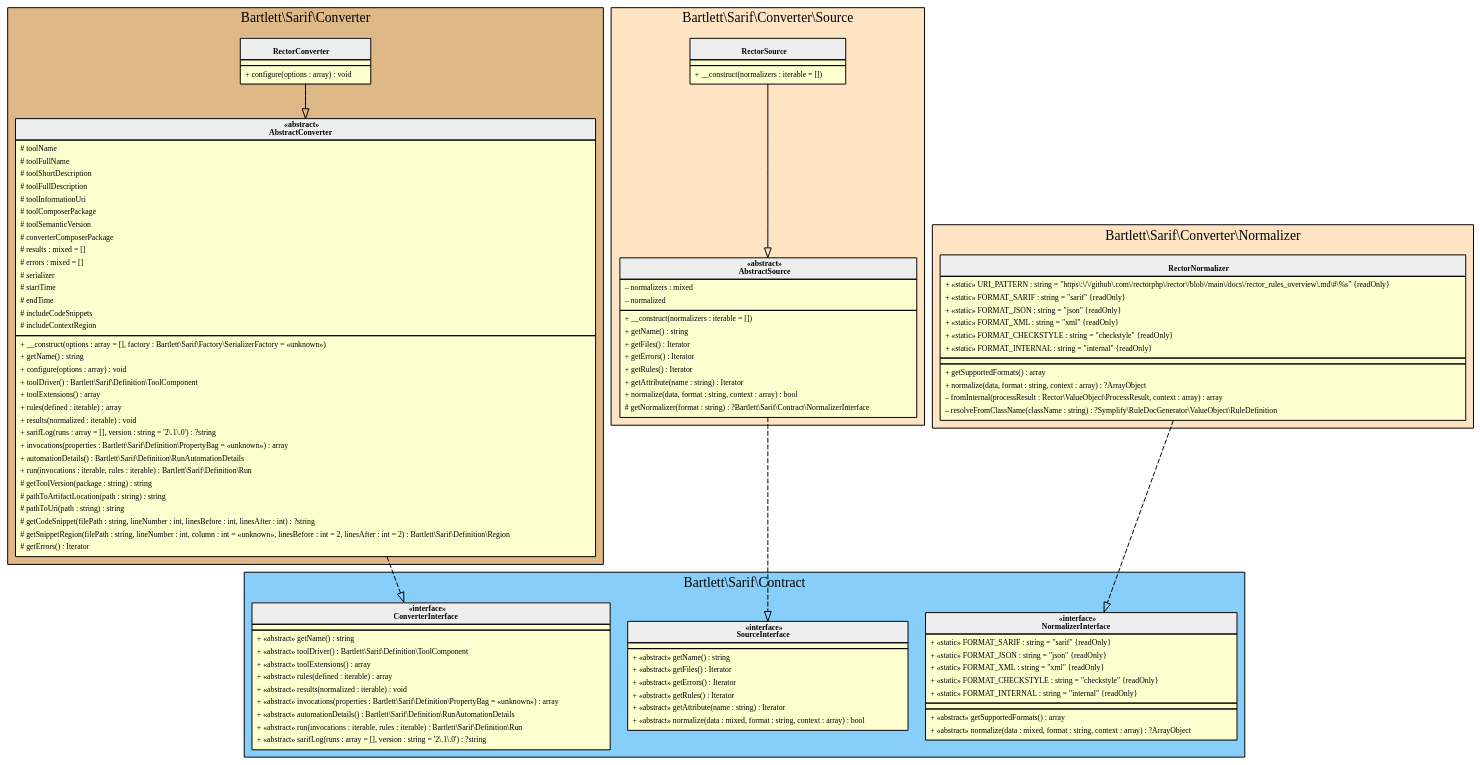
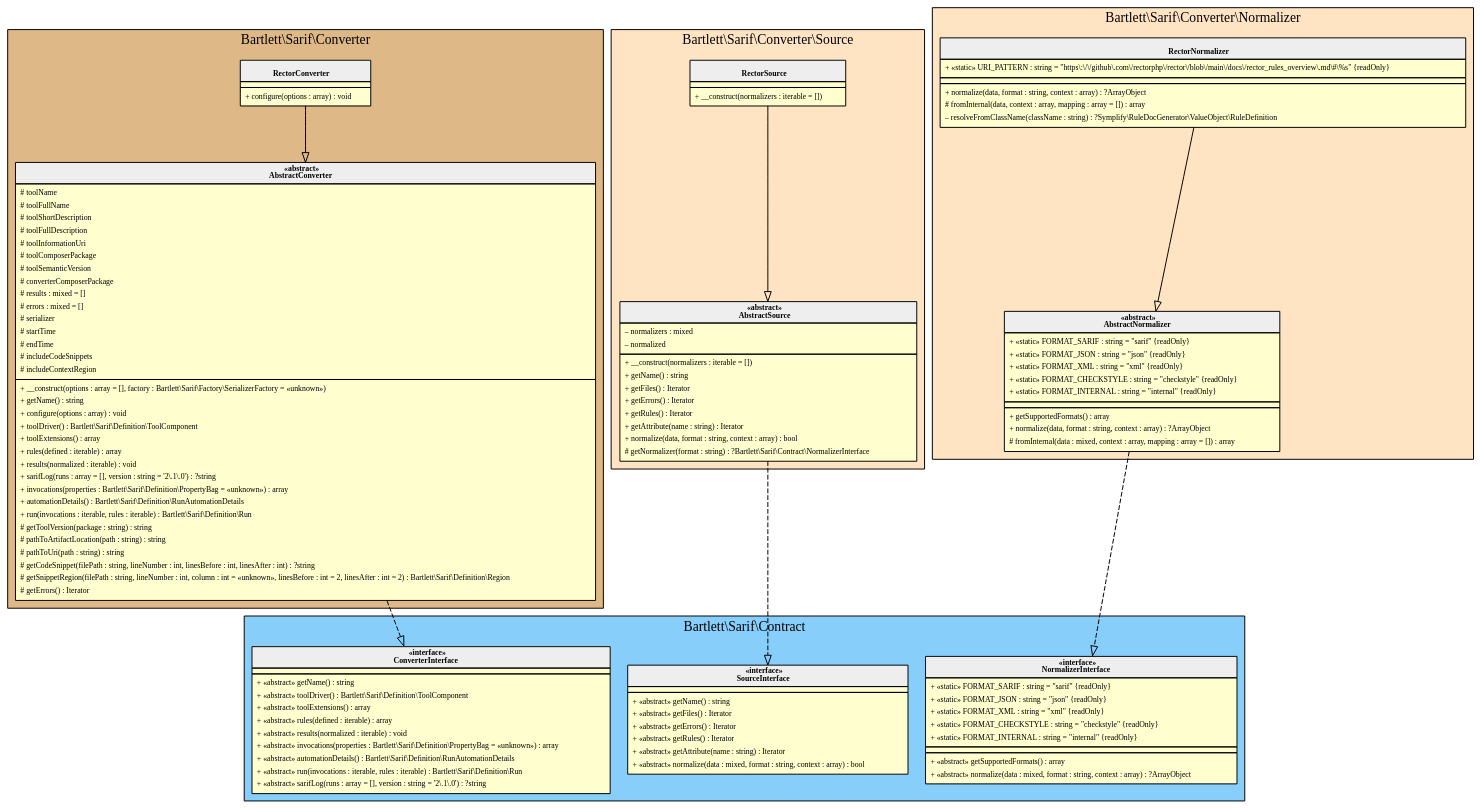
The diagram in 1.0/assets/images/converter-rector.html.gv (llaville/sarif-php-converters), drawn with Graphviz before and after one commit. The commit also changed 26 other files, not shown here.

```diff
--- a/1.0/assets/images/converter-rector.html.gv
+++ b/1.0/assets/images/converter-rector.html.gv
@@ -1,164 +1,176 @@
 digraph {
   graph [name="G" overlap="false" rankdir="TB" bgcolor="transparent"]
   node [fontname="Verdana" fontsize=8 shape="none" margin=0 fillcolor="#FEFECE" style="filled"]
   edge [fontname="Verdana" fontsize=8]
   subgraph cluster_0 {
     graph [bgcolor="BurlyWood"]
     label = "Bartlett\\Sarif\\Converter"
     "Bartlett\\Sarif\\Converter\\RectorConverter" [shape="none" label=<
 <table cellspacing="0" border="0" cellborder="1">
     <tr><td bgcolor="#eeeeee"><b><br/>RectorConverter</b></td></tr>
     <tr><td></td></tr>
     <tr><td><table border="0" cellspacing="0" cellpadding="2">
     <tr><td align="left">+ configure(options : array) : void</td></tr>
 </table></td></tr>
 </table>>]
     "Bartlett\\Sarif\\Converter\\AbstractConverter" [shape="none" label=<
 <table cellspacing="0" border="0" cellborder="1">
     <tr><td bgcolor="#eeeeee"><b>«abstract»<br/>AbstractConverter</b></td></tr>
     <tr><td><table border="0" cellspacing="0" cellpadding="2">
     <tr><td align="left"># toolName</td></tr>
     <tr><td align="left"># toolFullName</td></tr>
     <tr><td align="left"># toolShortDescription</td></tr>
     <tr><td align="left"># toolFullDescription</td></tr>
     <tr><td align="left"># toolInformationUri</td></tr>
     <tr><td align="left"># toolComposerPackage</td></tr>
     <tr><td align="left"># toolSemanticVersion</td></tr>
     <tr><td align="left"># converterComposerPackage</td></tr>
     <tr><td align="left"># results : mixed = []</td></tr>
     <tr><td align="left"># errors : mixed = []</td></tr>
     <tr><td align="left"># serializer</td></tr>
     <tr><td align="left"># startTime</td></tr>
     <tr><td align="left"># endTime</td></tr>
     <tr><td align="left"># includeCodeSnippets</td></tr>
     <tr><td align="left"># includeContextRegion</td></tr>
 </table></td></tr>
     <tr><td><table border="0" cellspacing="0" cellpadding="2">
     <tr><td align="left">+ __construct(options : array = [], factory : Bartlett\\Sarif\\Factory\\SerializerFactory = «unknown»)</td></tr>
     <tr><td align="left">+ getName() : string</td></tr>
     <tr><td align="left">+ configure(options : array) : void</td></tr>
     <tr><td align="left">+ toolDriver() : Bartlett\\Sarif\\Definition\\ToolComponent</td></tr>
     <tr><td align="left">+ toolExtensions() : array</td></tr>
     <tr><td align="left">+ rules(defined : iterable) : array</td></tr>
     <tr><td align="left">+ results(normalized : iterable) : void</td></tr>
     <tr><td align="left">+ sarifLog(runs : array = [], version : string = '2\.1\.0') : ?string</td></tr>
     <tr><td align="left">+ invocations(properties : Bartlett\\Sarif\\Definition\\PropertyBag = «unknown») : array</td></tr>
     <tr><td align="left">+ automationDetails() : Bartlett\\Sarif\\Definition\\RunAutomationDetails</td></tr>
     <tr><td align="left">+ run(invocations : iterable, rules : iterable) : Bartlett\\Sarif\\Definition\\Run</td></tr>
     <tr><td align="left"># getToolVersion(package : string) : string</td></tr>
     <tr><td align="left"># pathToArtifactLocation(path : string) : string</td></tr>
     <tr><td align="left"># pathToUri(path : string) : string</td></tr>
     <tr><td align="left"># getCodeSnippet(filePath : string, lineNumber : int, linesBefore : int, linesAfter : int) : ?string</td></tr>
     <tr><td align="left"># getSnippetRegion(filePath : string, lineNumber : int, column : int = «unknown», linesBefore : int = 2, linesAfter : int = 2) : Bartlett\\Sarif\\Definition\\Region</td></tr>
     <tr><td align="left"># getErrors() : Iterator</td></tr>
 </table></td></tr>
 </table>>]
   }
   subgraph cluster_1 {
     graph [bgcolor="LightSkyBlue"]
     label = "Bartlett\\Sarif\\Contract"
     "Bartlett\\Sarif\\Contract\\ConverterInterface" [shape="none" label=<
 <table cellspacing="0" border="0" cellborder="1">
     <tr><td bgcolor="#eeeeee"><b>«interface»<br/>ConverterInterface</b></td></tr>
     <tr><td></td></tr>
     <tr><td><table border="0" cellspacing="0" cellpadding="2">
     <tr><td align="left">+ «abstract» getName() : string</td></tr>
     <tr><td align="left">+ «abstract» toolDriver() : Bartlett\\Sarif\\Definition\\ToolComponent</td></tr>
     <tr><td align="left">+ «abstract» toolExtensions() : array</td></tr>
     <tr><td align="left">+ «abstract» rules(defined : iterable) : array</td></tr>
     <tr><td align="left">+ «abstract» results(normalized : iterable) : void</td></tr>
     <tr><td align="left">+ «abstract» invocations(properties : Bartlett\\Sarif\\Definition\\PropertyBag = «unknown») : array</td></tr>
     <tr><td align="left">+ «abstract» automationDetails() : Bartlett\\Sarif\\Definition\\RunAutomationDetails</td></tr>
     <tr><td align="left">+ «abstract» run(invocations : iterable, rules : iterable) : Bartlett\\Sarif\\Definition\\Run</td></tr>
     <tr><td align="left">+ «abstract» sarifLog(runs : array = [], version : string = '2\.1\.0') : ?string</td></tr>
 </table></td></tr>
 </table>>]
     "Bartlett\\Sarif\\Contract\\SourceInterface" [shape="none" label=<
 <table cellspacing="0" border="0" cellborder="1">
     <tr><td bgcolor="#eeeeee"><b>«interface»<br/>SourceInterface</b></td></tr>
     <tr><td></td></tr>
     <tr><td><table border="0" cellspacing="0" cellpadding="2">
     <tr><td align="left">+ «abstract» getName() : string</td></tr>
     <tr><td align="left">+ «abstract» getFiles() : Iterator</td></tr>
     <tr><td align="left">+ «abstract» getErrors() : Iterator</td></tr>
     <tr><td align="left">+ «abstract» getRules() : Iterator</td></tr>
     <tr><td align="left">+ «abstract» getAttribute(name : string) : Iterator</td></tr>
     <tr><td align="left">+ «abstract» normalize(data : mixed, format : string, context : array) : bool</td></tr>
 </table></td></tr>
 </table>>]
     "Bartlett\\Sarif\\Contract\\NormalizerInterface" [shape="none" label=<
 <table cellspacing="0" border="0" cellborder="1">
     <tr><td bgcolor="#eeeeee"><b>«interface»<br/>NormalizerInterface</b></td></tr>
     <tr><td><table border="0" cellspacing="0" cellpadding="2">
     <tr><td align="left">+ «static» FORMAT_SARIF : string = "sarif" {readOnly}</td></tr>
     <tr><td align="left">+ «static» FORMAT_JSON : string = "json" {readOnly}</td></tr>
     <tr><td align="left">+ «static» FORMAT_XML : string = "xml" {readOnly}</td></tr>
     <tr><td align="left">+ «static» FORMAT_CHECKSTYLE : string = "checkstyle" {readOnly}</td></tr>
     <tr><td align="left">+ «static» FORMAT_INTERNAL : string = "internal" {readOnly}</td></tr>
 </table></td></tr>
     <tr><td></td></tr>
     <tr><td><table border="0" cellspacing="0" cellpadding="2">
     <tr><td align="left">+ «abstract» getSupportedFormats() : array</td></tr>
     <tr><td align="left">+ «abstract» normalize(data : mixed, format : string, context : array) : ?ArrayObject</td></tr>
 </table></td></tr>
 </table>>]
   }
   subgraph cluster_2 {
     graph [bgcolor="Bisque"]
     label = "Bartlett\\Sarif\\Converter\\Source"
     "Bartlett\\Sarif\\Converter\\Source\\RectorSource" [shape="none" label=<
 <table cellspacing="0" border="0" cellborder="1">
     <tr><td bgcolor="#eeeeee"><b><br/>RectorSource</b></td></tr>
     <tr><td></td></tr>
     <tr><td><table border="0" cellspacing="0" cellpadding="2">
     <tr><td align="left">+ __construct(normalizers : iterable = [])</td></tr>
 </table></td></tr>
 </table>>]
     "Bartlett\\Sarif\\Converter\\Source\\AbstractSource" [shape="none" label=<
 <table cellspacing="0" border="0" cellborder="1">
     <tr><td bgcolor="#eeeeee"><b>«abstract»<br/>AbstractSource</b></td></tr>
     <tr><td><table border="0" cellspacing="0" cellpadding="2">
     <tr><td align="left">– normalizers : mixed</td></tr>
     <tr><td align="left">– normalized</td></tr>
 </table></td></tr>
     <tr><td><table border="0" cellspacing="0" cellpadding="2">
     <tr><td align="left">+ __construct(normalizers : iterable = [])</td></tr>
     <tr><td align="left">+ getName() : string</td></tr>
     <tr><td align="left">+ getFiles() : Iterator</td></tr>
     <tr><td align="left">+ getErrors() : Iterator</td></tr>
     <tr><td align="left">+ getRules() : Iterator</td></tr>
     <tr><td align="left">+ getAttribute(name : string) : Iterator</td></tr>
     <tr><td align="left">+ normalize(data, format : string, context : array) : bool</td></tr>
     <tr><td align="left"># getNormalizer(format : string) : ?Bartlett\\Sarif\\Contract\\NormalizerInterface</td></tr>
 </table></td></tr>
 </table>>]
   }
   subgraph cluster_3 {
     graph [bgcolor="Bisque"]
     label = "Bartlett\\Sarif\\Converter\\Normalizer"
     "Bartlett\\Sarif\\Converter\\Normalizer\\RectorNormalizer" [shape="none" label=<
 <table cellspacing="0" border="0" cellborder="1">
     <tr><td bgcolor="#eeeeee"><b><br/>RectorNormalizer</b></td></tr>
     <tr><td><table border="0" cellspacing="0" cellpadding="2">
     <tr><td align="left">+ «static» URI_PATTERN : string = "https\:\/\/github\.com\/rectorphp\/rector\/blob\/main\/docs\/rector_rules_overview\.md\#\%s" {readOnly}</td></tr>
+</table></td></tr>
+    <tr><td></td></tr>
+    <tr><td><table border="0" cellspacing="0" cellpadding="2">
+    <tr><td align="left">+ normalize(data, format : string, context : array) : ?ArrayObject</td></tr>
+    <tr><td align="left"># fromInternal(data, context : array, mapping : array = []) : array</td></tr>
+    <tr><td align="left">– resolveFromClassName(className : string) : ?Symplify\\RuleDocGenerator\\ValueObject\\RuleDefinition</td></tr>
+</table></td></tr>
+</table>>]
+    "Bartlett\\Sarif\\Converter\\Normalizer\\AbstractNormalizer" [shape="none" label=<
+<table cellspacing="0" border="0" cellborder="1">
+    <tr><td bgcolor="#eeeeee"><b>«abstract»<br/>AbstractNormalizer</b></td></tr>
+    <tr><td><table border="0" cellspacing="0" cellpadding="2">
     <tr><td align="left">+ «static» FORMAT_SARIF : string = "sarif" {readOnly}</td></tr>
     <tr><td align="left">+ «static» FORMAT_JSON : string = "json" {readOnly}</td></tr>
     <tr><td align="left">+ «static» FORMAT_XML : string = "xml" {readOnly}</td></tr>
     <tr><td align="left">+ «static» FORMAT_CHECKSTYLE : string = "checkstyle" {readOnly}</td></tr>
     <tr><td align="left">+ «static» FORMAT_INTERNAL : string = "internal" {readOnly}</td></tr>
 </table></td></tr>
     <tr><td></td></tr>
     <tr><td><table border="0" cellspacing="0" cellpadding="2">
     <tr><td align="left">+ getSupportedFormats() : array</td></tr>
     <tr><td align="left">+ normalize(data, format : string, context : array) : ?ArrayObject</td></tr>
-    <tr><td align="left">– fromInternal(processResult : Rector\\ValueObject\\ProcessResult, context : array) : array</td></tr>
-    <tr><td align="left">– resolveFromClassName(className : string) : ?Symplify\\RuleDocGenerator\\ValueObject\\RuleDefinition</td></tr>
+    <tr><td align="left"># fromInternal(data : mixed, context : array, mapping : array = []) : array</td></tr>
 </table></td></tr>
 </table>>]
   }
   "Bartlett\\Sarif\\Converter\\AbstractConverter" -> "Bartlett\\Sarif\\Contract\\ConverterInterface" [arrowhead="empty" style="dashed"]
   "Bartlett\\Sarif\\Converter\\RectorConverter" -> "Bartlett\\Sarif\\Converter\\AbstractConverter" [arrowhead="empty" style="filled"]
   "Bartlett\\Sarif\\Converter\\Source\\AbstractSource" -> "Bartlett\\Sarif\\Contract\\SourceInterface" [arrowhead="empty" style="dashed"]
   "Bartlett\\Sarif\\Converter\\Source\\RectorSource" -> "Bartlett\\Sarif\\Converter\\Source\\AbstractSource" [arrowhead="empty" style="filled"]
-  "Bartlett\\Sarif\\Converter\\Normalizer\\RectorNormalizer" -> "Bartlett\\Sarif\\Contract\\NormalizerInterface" [arrowhead="empty" style="dashed"]
+  "Bartlett\\Sarif\\Converter\\Normalizer\\AbstractNormalizer" -> "Bartlett\\Sarif\\Contract\\NormalizerInterface" [arrowhead="empty" style="dashed"]
+  "Bartlett\\Sarif\\Converter\\Normalizer\\RectorNormalizer" -> "Bartlett\\Sarif\\Converter\\Normalizer\\AbstractNormalizer" [arrowhead="empty" style="filled"]
 }
```
